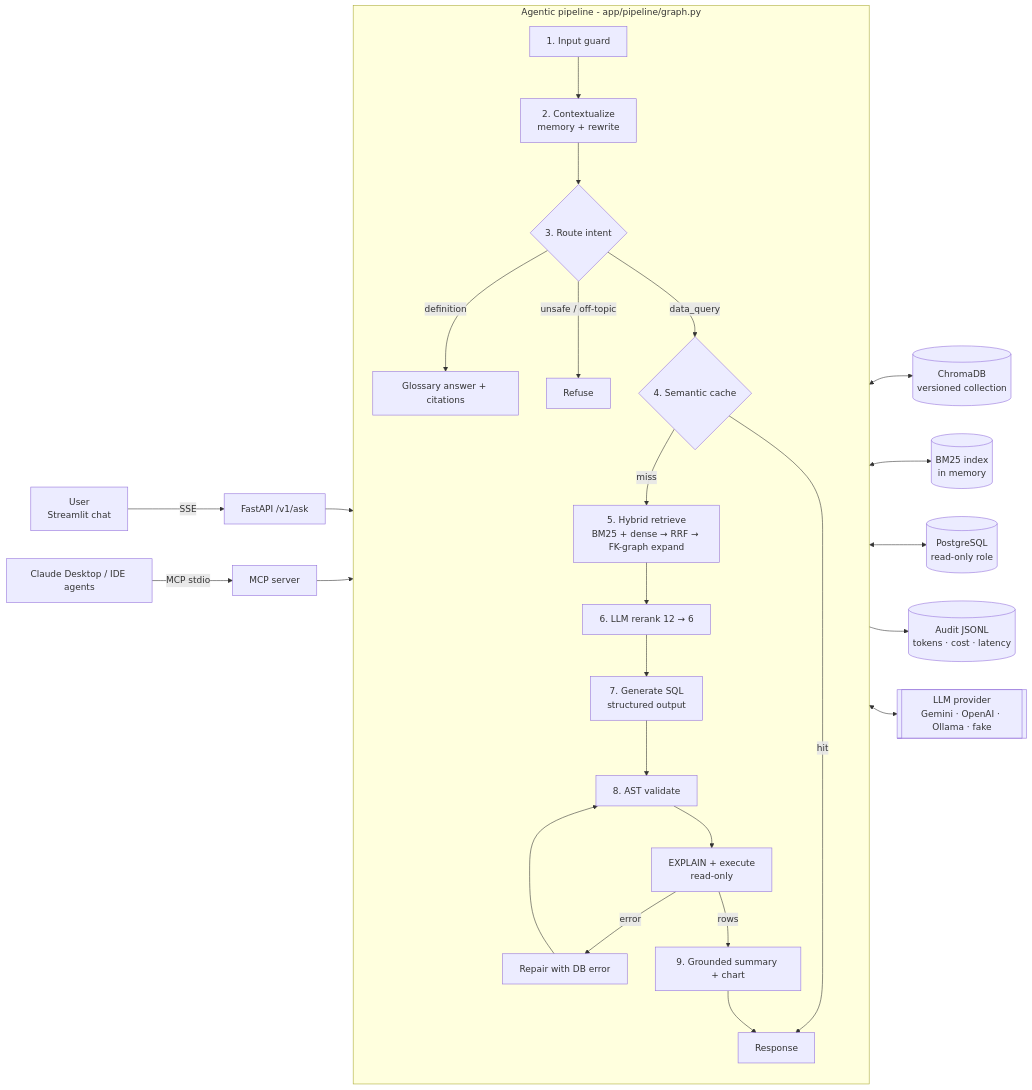
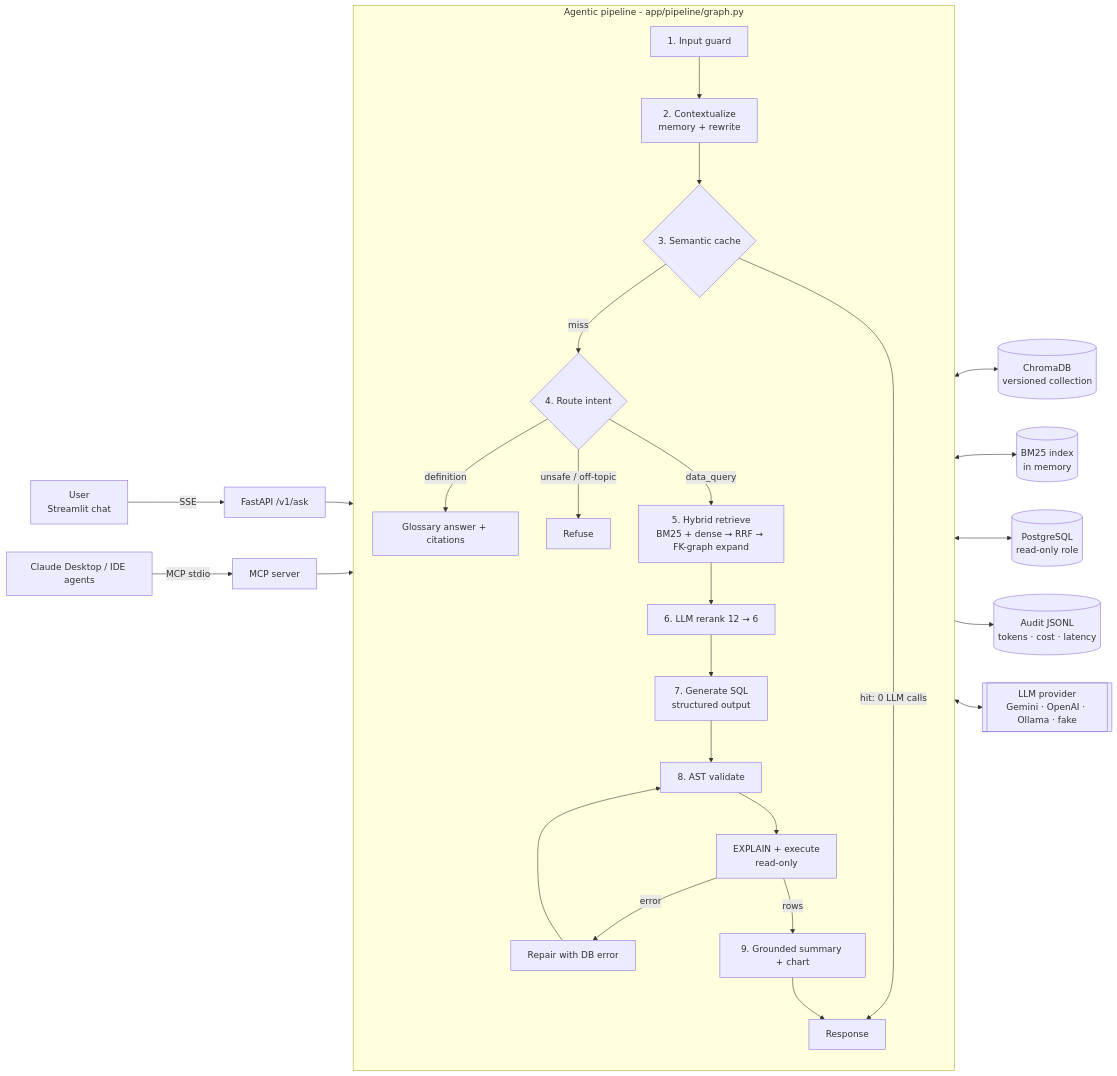
The first of 2 diagrams in README.md (Nainil30/EandO_Copilot), drawn with Mermaid before and after one commit. The commit also changed other lines of this file and 30 other files, not shown here.

````diff
--- a/README.md
+++ b/README.md
@@ -110,31 +118,31 @@
 ```mermaid
 flowchart LR
     U[User<br/>Streamlit chat] -->|SSE| API[FastAPI /v1/ask]
     MCPC[Claude Desktop / IDE agents] -->|MCP stdio| MCPS[MCP server]
     API --> G
     MCPS --> G
 
     subgraph G[Agentic pipeline - app/pipeline/graph.py]
         direction TB
         IG[1. Input guard] --> CX[2. Contextualize<br/>memory + rewrite]
-        CX --> RT{3. Route intent}
+        CX --> SC{3. Semantic cache}
+        SC -->|hit: 0 LLM calls| OUT[Response]
+        SC -->|miss| RT{4. Route intent}
         RT -->|definition| DEF[Glossary answer + citations]
         RT -->|unsafe / off-topic| STOP[Refuse]
-        RT -->|data_query| SC{4. Semantic cache}
-        SC -->|hit| OUT[Response]
-        SC -->|miss| RET[5. Hybrid retrieve<br/>BM25 + dense → RRF → FK-graph expand]
+        RT -->|data_query| RET[5. Hybrid retrieve<br/>BM25 + dense → RRF → FK-graph expand]
         RET --> RR[6. LLM rerank 12 → 6]
         RR --> GEN[7. Generate SQL<br/>structured output]
         GEN --> VAL[8. AST validate]
         VAL --> EXE[EXPLAIN + execute<br/>read-only]
         EXE -->|error| REP[Repair with DB error] --> VAL
         EXE -->|rows| SUM[9. Grounded summary + chart]
         SUM --> OUT
     end
 
     RET <--> VS[(ChromaDB<br/>versioned collection)]
     RET <--> BM[(BM25 index<br/>in memory)]
     EXE <--> PG[(PostgreSQL<br/>read-only role)]
     G --> AUD[(Audit JSONL<br/>tokens · cost · latency)]
     G <--> LLM[[LLM provider<br/>Gemini · OpenAI · Ollama · fake]]
 ```
````
